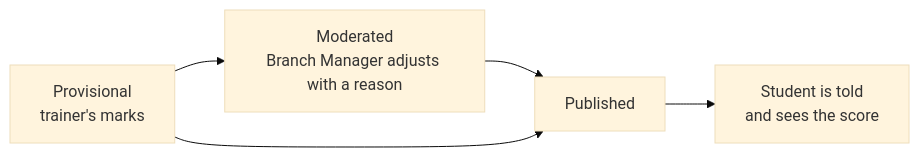
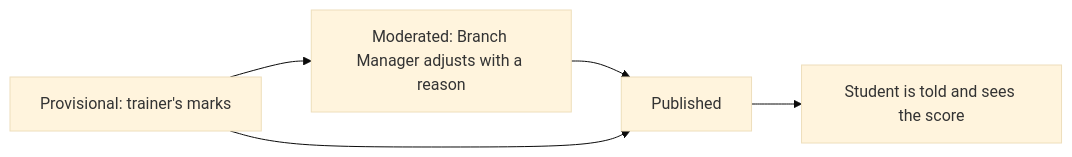
Before and after one commit to misterpk-18/nipunalms: diagram 14 of 17 in docs/PRODUCT_GUIDE.md, drawn with Mermaid (base theme). The commit also changed other lines of this file, not shown here.

Commit message:
Product guide: simpler Mermaid syntax, taller layouts, assignment and test charts split

````diff
--- a/docs/PRODUCT_GUIDE.md
+++ b/docs/PRODUCT_GUIDE.md
@@ -274,7 +279,7 @@
 ```mermaid
 flowchart LR
-    A["Provisional<br/>trainer's marks"] --> B["Moderated<br/>Branch Manager adjusts with a reason"]
+    A["Provisional: trainer's marks"] --> B["Moderated: Branch Manager adjusts with a reason"]
     B --> C["Published"]
     A --> C
-    C --> D["Student is told<br/>and sees the score"]
+    C --> D["Student is told and sees the score"]
 ```
````
